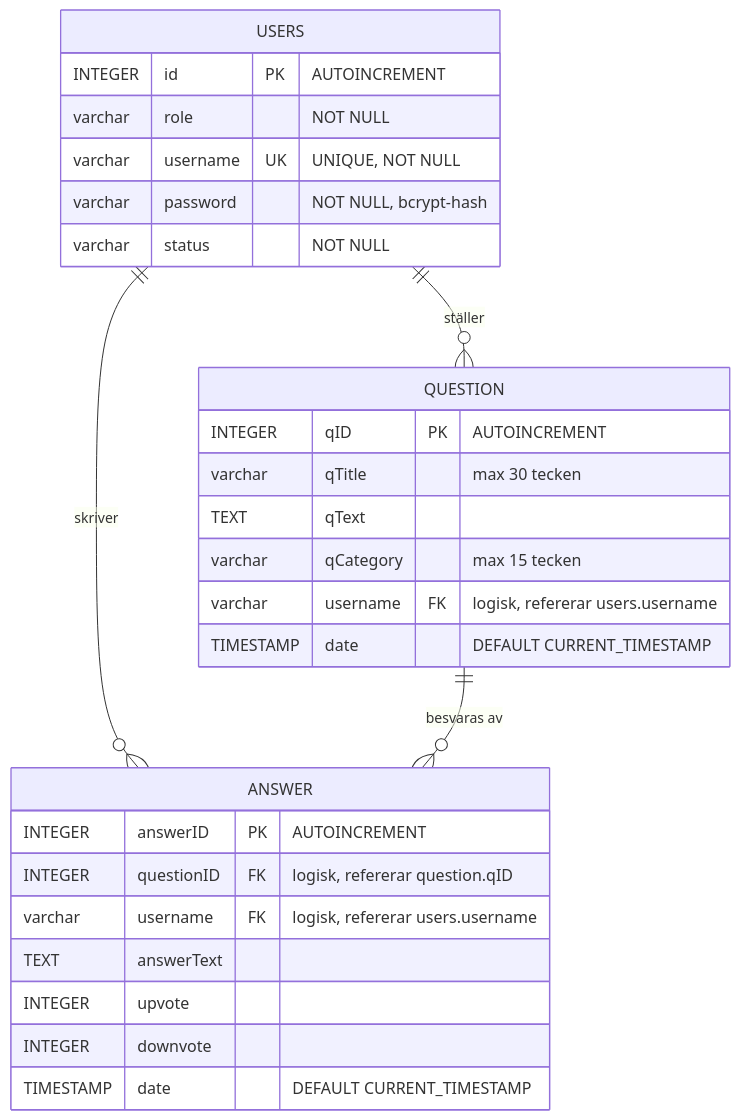
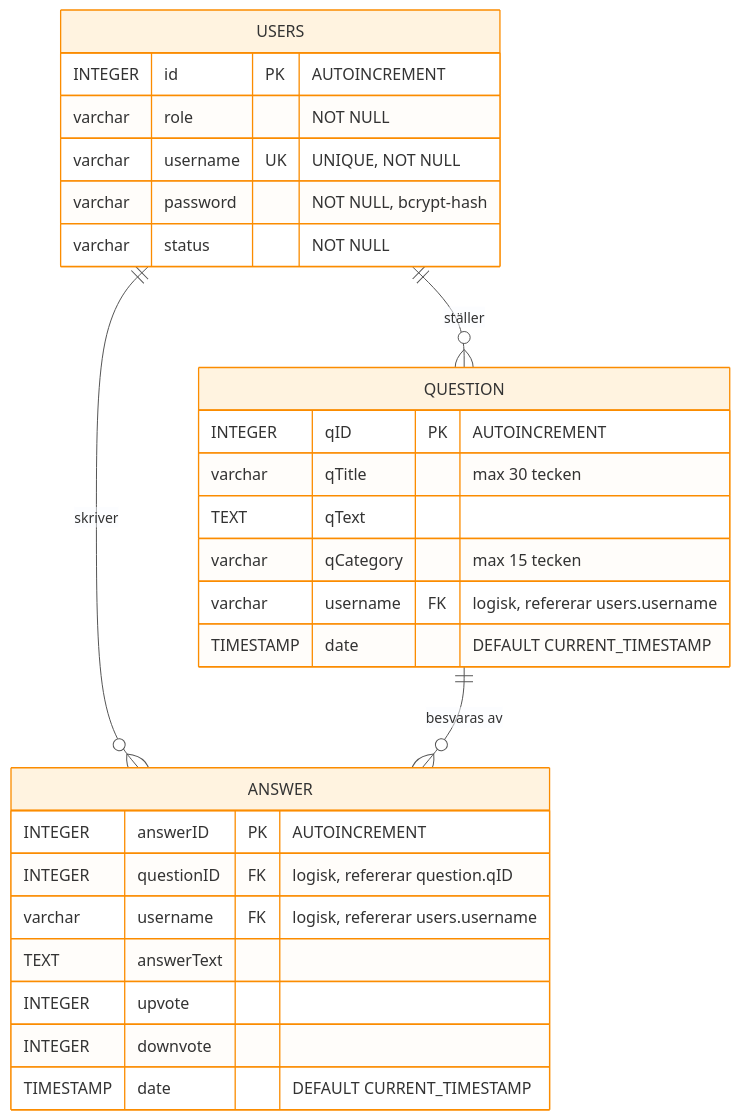
Before and after one commit to Thedoniki/DynamiskaApplProject: the second of 2 diagrams in README.md, drawn with Mermaid. The commit also changed other lines of this file, not shown here.

Commit message:
Styled mermaid diagrams to README.md
Updated the README.md to include mermaid diagrams for class and ER diagrams.

````diff
--- a/README.md
+++ b/README.md
@@ -197,33 +198,35 @@
 ```mermaid
+%%{init: { 'theme': 'base', 'themeVariables': { 'primaryColor': '#FFF3E0', 'primaryBorderColor': '#FB8C00', 'lineColor': '#555' }}}%%
+
 erDiagram
     USERS {
         INTEGER id PK "AUTOINCREMENT"
         varchar role "NOT NULL"
         varchar username UK "UNIQUE, NOT NULL"
         varchar password "NOT NULL, bcrypt-hash"
         varchar status "NOT NULL"
     }
 
     QUESTION {
         INTEGER qID PK "AUTOINCREMENT"
         varchar qTitle "max 30 tecken"
         TEXT qText
         varchar qCategory "max 15 tecken"
         varchar username FK "logisk, refererar users.username"
         TIMESTAMP date "DEFAULT CURRENT_TIMESTAMP"
     }
 
     ANSWER {
         INTEGER answerID PK "AUTOINCREMENT"
         INTEGER questionID FK "logisk, refererar question.qID"
         varchar username FK "logisk, refererar users.username"
         TEXT answerText
         INTEGER upvote
         INTEGER downvote
         TIMESTAMP date "DEFAULT CURRENT_TIMESTAMP"
     }
 
     USERS ||--o{ QUESTION : "ställer"
     USERS ||--o{ ANSWER : "skriver"
     QUESTION ||--o{ ANSWER : "besvaras av"
 ```
````
